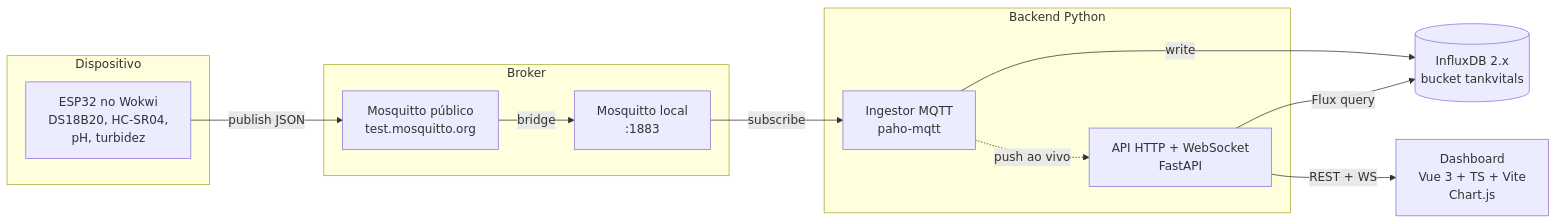
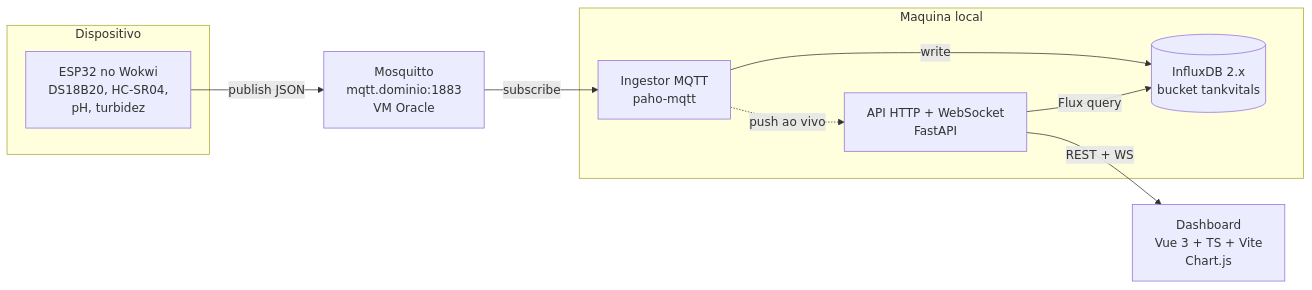
The diagram in README.md (t4Facef/TankVitals), drawn with Mermaid before and after one commit. The commit also changed other lines of this file and 3 other files, not shown here.

Commit message:
docs: adota broker proprio na vm oracle como padrao

````diff
--- a/README.md
+++ b/README.md
@@ -57,24 +57,20 @@
 ```mermaid
 flowchart LR
     subgraph Dispositivo
         ESP[ESP32 no Wokwi<br/>DS18B20, HC-SR04,<br/>pH, turbidez]
     end
-    subgraph Broker
-        PUB[Mosquitto público<br/>test.mosquitto.org]
-        MOSQ[Mosquitto local<br/>:1883]
-    end
-    subgraph Backend Python
+    MOSQ[Mosquitto<br/>mqtt.dominio:1883<br/>VM Oracle]
+    subgraph Maquina local
         ING[Ingestor MQTT<br/>paho-mqtt]
         API[API HTTP + WebSocket<br/>FastAPI]
+        DB[(InfluxDB 2.x<br/>bucket tankvitals)]
     end
-    DB[(InfluxDB 2.x<br/>bucket tankvitals)]
     WEB[Dashboard<br/>Vue 3 + TS + Vite<br/>Chart.js]
 
-    ESP -->|publish JSON| PUB
-    PUB -->|bridge| MOSQ
+    ESP -->|publish JSON| MOSQ
     MOSQ -->|subscribe| ING
     ING -->|write| DB
     API -->|Flux query| DB
     ING -.->|push ao vivo| API
     API -->|REST + WS| WEB
 ```
````
